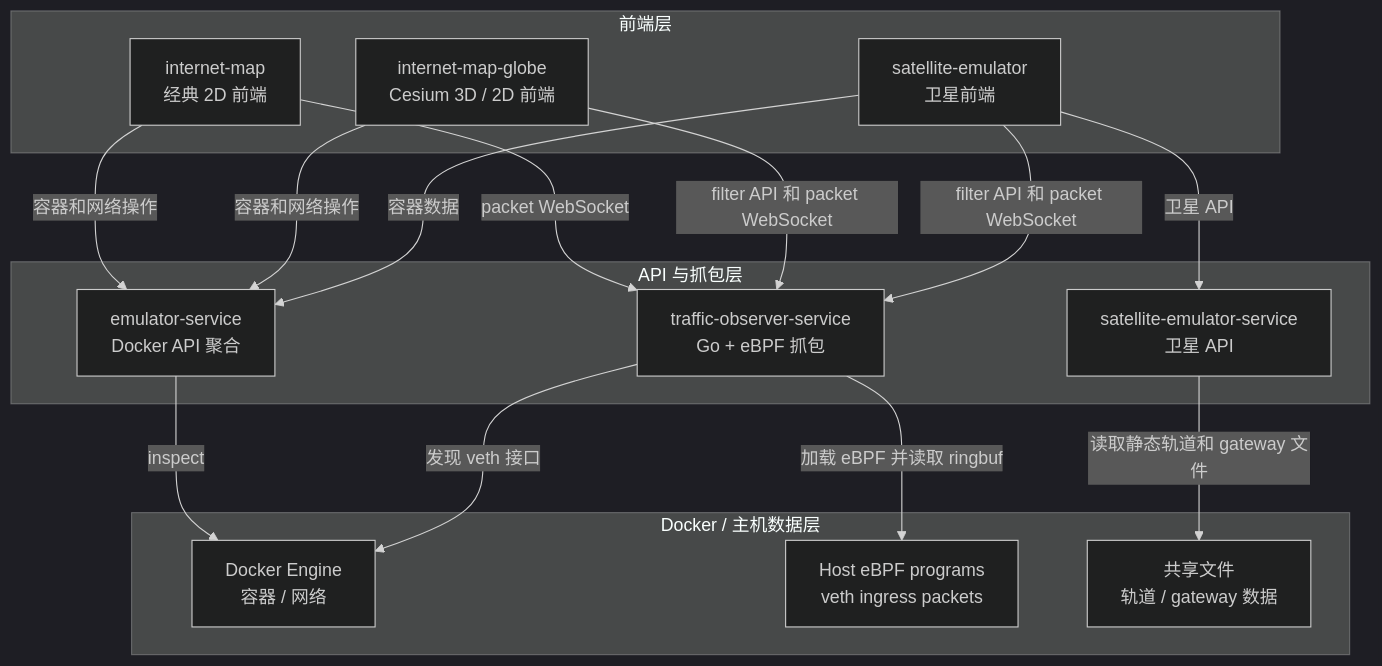
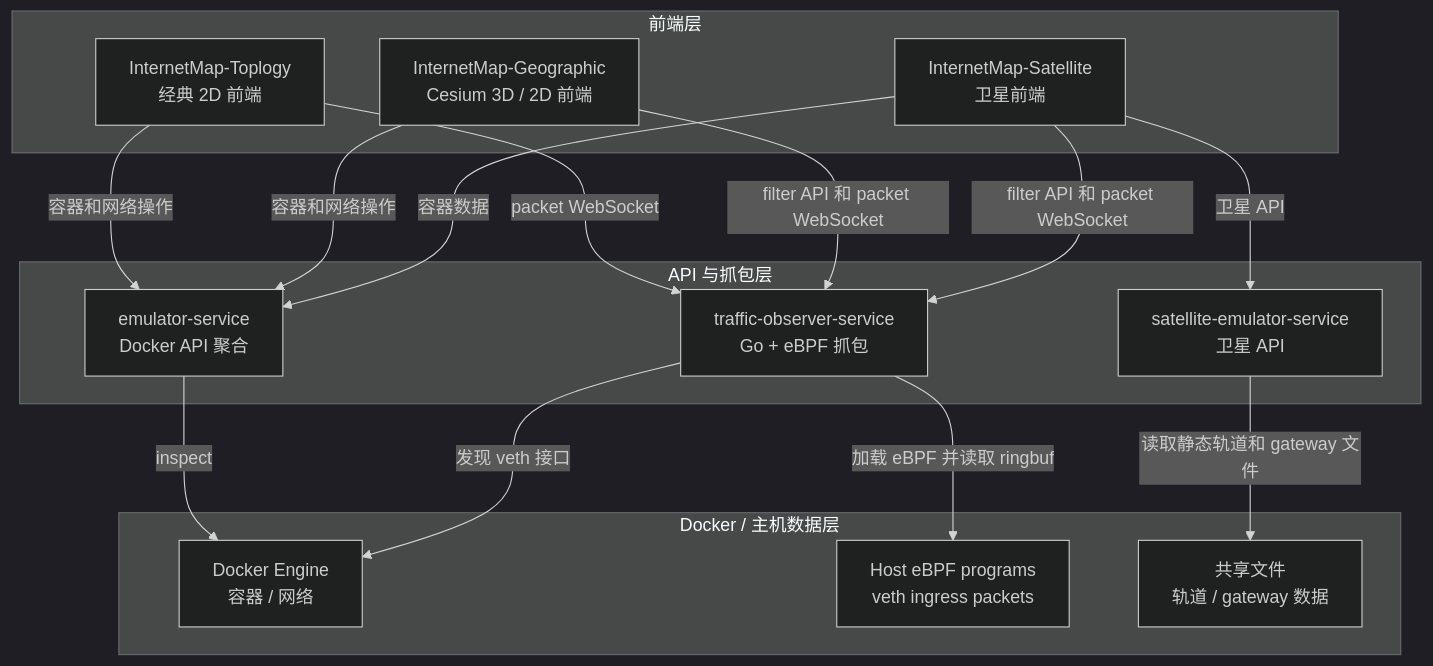
The diagram in docs/seed-visualization.md (cy-gitlab/seed-visualization), drawn with Mermaid (dark theme) before and after one commit. The commit also changed other lines of this file and 57 other files, not shown here.

````diff
--- a/docs/seed-visualization.md
+++ b/docs/seed-visualization.md
@@ -19,34 +19,34 @@
 ```mermaid
 flowchart TB
   subgraph FrontendLayer["前端层"]
-    IM["internet-map<br/>经典 2D 前端"]
-    IMG["internet-map-globe<br/>Cesium 3D / 2D 前端"]
-    SAT["satellite-emulator<br/>卫星前端"]
+    IM["InternetMap-Toplogy<br/>经典 2D 前端"]
+    IMG["InternetMap-Geographic<br/>Cesium 3D / 2D 前端"]
+    SAT["InternetMap-Satellite<br/>卫星前端"]
   end
 
   subgraph ApiLayer["API 与抓包层"]
     EMU["emulator-service<br/>Docker API 聚合"]
     TRAFFIC["traffic-observer-service<br/>Go + eBPF 抓包"]
     SATAPI["satellite-emulator-service<br/>卫星 API"]
   end
 
   subgraph DataLayer["Docker / 主机数据层"]
     DOCKER["Docker Engine<br/>容器 / 网络"]
     EBPF["Host eBPF programs<br/>veth ingress packets"]
     FILES["共享文件<br/>轨道 / gateway 数据"]
   end
 
   IM -->|"容器和网络操作"| EMU
   IMG -->|"容器和网络操作"| EMU
   SAT -->|"容器数据"| EMU
 
   IM -->|"packet WebSocket"| TRAFFIC
   IMG -->|"filter API 和 packet WebSocket"| TRAFFIC
   SAT -->|"filter API 和 packet WebSocket"| TRAFFIC
   SAT -->|"卫星 API"| SATAPI
 
   EMU -->|"inspect"| DOCKER
   TRAFFIC -->|"发现 veth 接口"| DOCKER
   TRAFFIC -->|"加载 eBPF 并读取 ringbuf"| EBPF
   SATAPI -->|"读取静态轨道和 gateway 文件"| FILES
 ```
````
